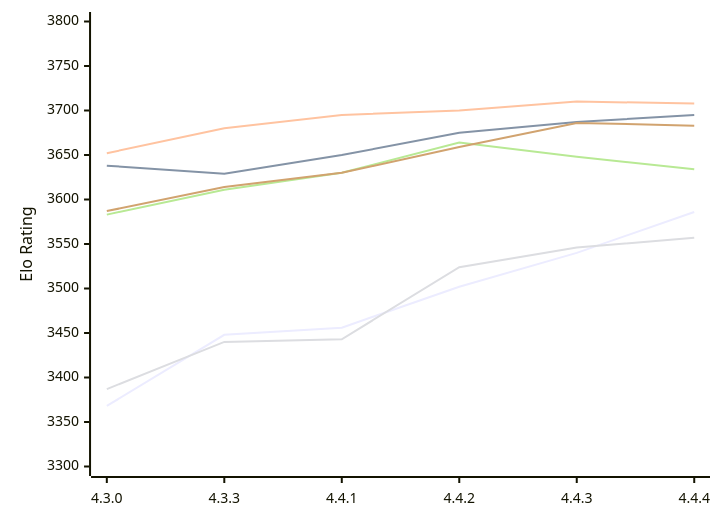
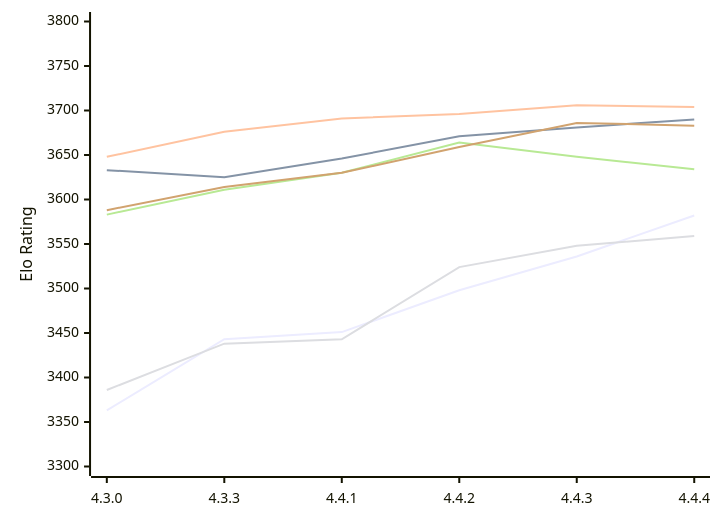
One commit to computer-chess-index/cci changed the first of 2 diagrams in engines/Gaia.md. Above: the diagram before and after it, drawn with Mermaid. The commit also changed other lines of this file, not shown here.

Commit message:
Update CCI Ratings (ELO VLTC) - 2026-11-26

````diff
--- a/engines/Gaia.md
+++ b/engines/Gaia.md
@@ -63,12 +63,12 @@
 ```mermaid
 %%{init: {"theme":"base","themeVariables":{"seriesColors:['#a3a3a3','#222221','#faa371']}}}%%
 xychart-beta
   x-axis ["4.3.0", "4.3.3", "4.4.1", "4.4.2", "4.4.3", "4.4.4"]
   y-axis "Elo Rating" 3300 --> 3800
-  line "E1: STC (8.0+0.08s)" [3368, 3448, 3456, 3502, 3540, 3586]
-  line "E1: LTC (60.0+0.60s)" [3638, 3629, 3650, 3675, 3687, 3695]
-  line "E1: VLTC (2m24s+1.12s)" [3652, 3680, 3695, 3700, 3710, 3708]
-  line "P1: STC (8.0+0.08s)" [3387, 3440, 3443, 3524, 3546, 3557]
+  line "E1: STC (8.0+0.08s)" [3363, 3443, 3451, 3498, 3536, 3582]
+  line "E1: LTC (60.0+0.60s)" [3633, 3625, 3646, 3671, 3681, 3690]
+  line "E1: VLTC (2m24s+1.12s)" [3648, 3676, 3691, 3696, 3706, 3704]
+  line "P1: STC (8.0+0.08s)" [3386, 3438, 3443, 3524, 3548, 3559]
   line "P1: LTC (60.0+0.60s)" [3583, 3611, 3630, 3664, 3648, 3634]
-  line "P1: VLTC (2m24s+1.12s)" [3587, 3614, 3630, 3659, 3686, 3683]
+  line "P1: VLTC (2m24s+1.12s)" [3588, 3614, 3630, 3659, 3686, 3683]
 ```
````
